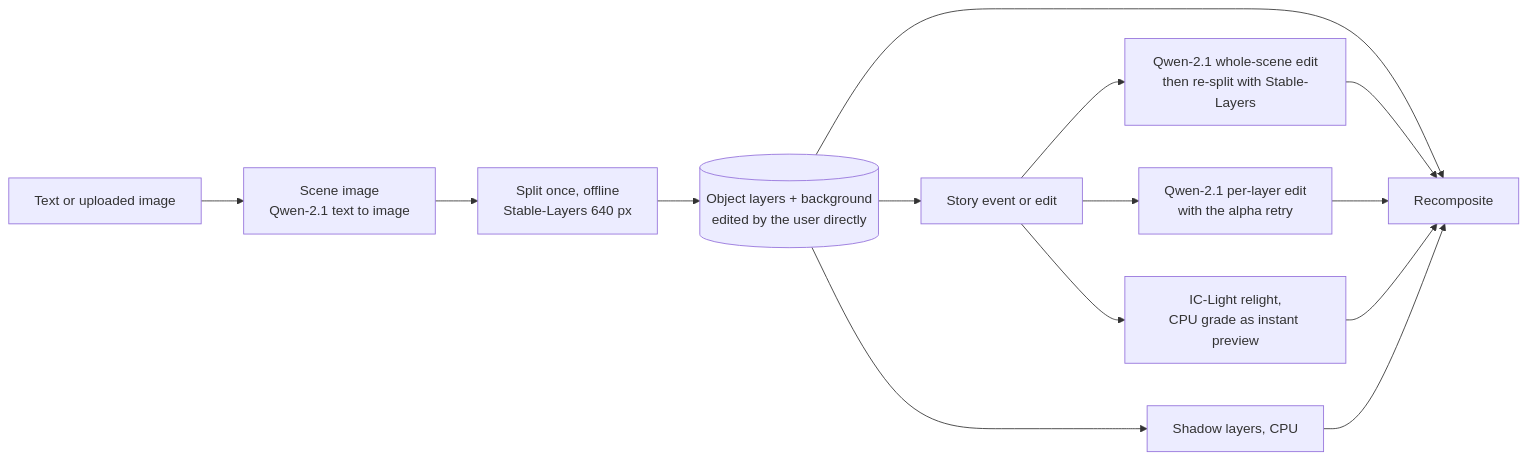
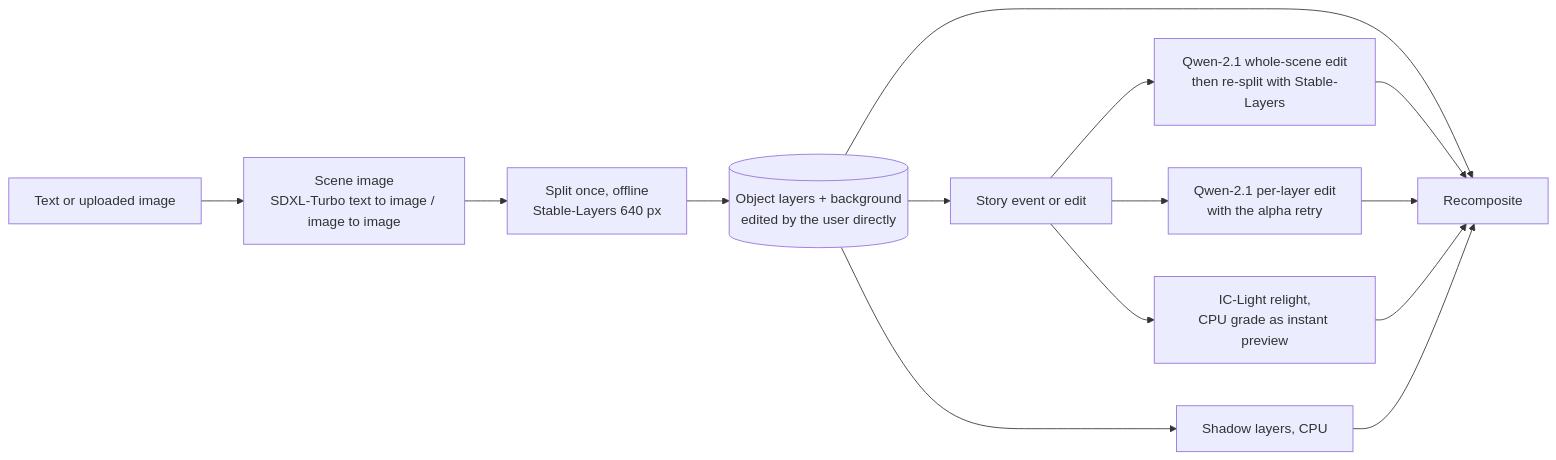
Before and after one commit to MarkAndreDuesing/layer-prototype: the diagram in docs/models/pipeline-plan.md, drawn with Mermaid. The commit also changed other lines of this file and 50 other files, not shown here.

Commit message:
SDXL-Turbo factsheet and T4 benchmark (1.1-1.5 s t2i, i2i regenerates); Qwen-2.1 split of the story composites vs Stable-Layers; verdict updates

````diff
--- a/docs/models/pipeline-plan.md
+++ b/docs/models/pipeline-plan.md
@@ -23,16 +27,16 @@
 ```mermaid
 flowchart LR
-    T[Text or uploaded image] --> G[Scene image<br/>Qwen-2.1 text to image]
+    T[Text or uploaded image] --> G[Scene image<br/>SDXL-Turbo text to image / image to image]
     G --> S[Split once, offline<br/>Stable-Layers 640 px]
     S --> L[(Object layers + background<br/>edited by the user directly)]
     L --> E[Story event or edit]
     E --> E1[Qwen-2.1 whole-scene edit<br/>then re-split with Stable-Layers]
     E --> E2[Qwen-2.1 per-layer edit<br/>with the alpha retry]
     E --> E3[IC-Light relight,<br/>CPU grade as instant preview]
     L --> SH[Shadow layers, CPU]
     L --> R[Recomposite]
     E1 --> R
     E2 --> R
     E3 --> R
     SH --> R
 ```
````
